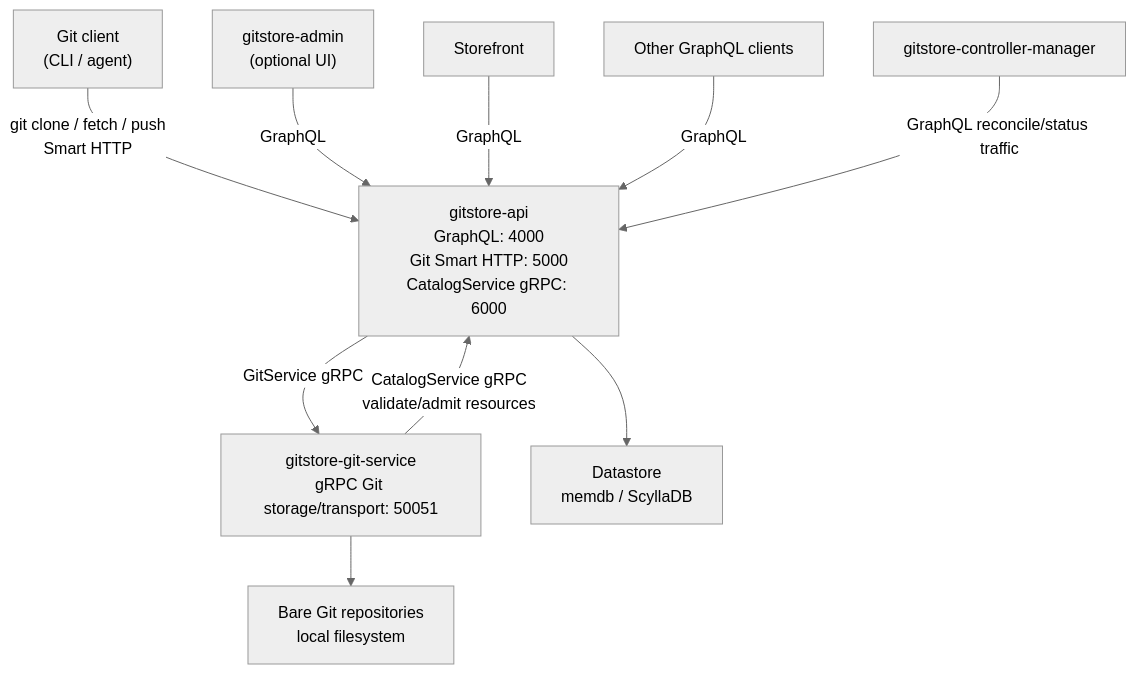
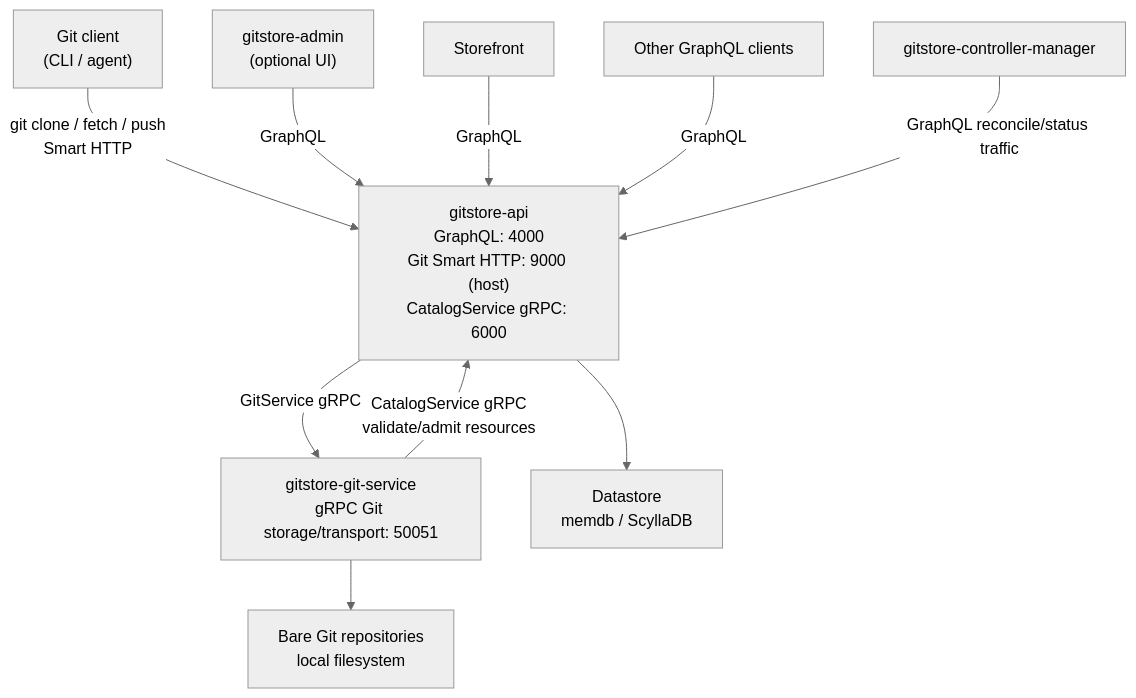
Before and after one commit to gitstore-dev/GitStore: the diagram in README.md, drawn with Mermaid (neutral theme). The commit also changed other lines of this file and 46 other files, not shown here.

````diff
--- a/README.md
+++ b/README.md
@@ -20,24 +20,24 @@
 ```mermaid
 graph TD
     GitClient["Git client\n(CLI / agent)"]
     Admin["gitstore-admin\n(optional UI)"]
     Storefront["Storefront"]
     OtherClients["Other GraphQL clients"]
     Controller["gitstore-controller-manager"]
 
-    API["gitstore-api\nGraphQL: 4000\nGit Smart HTTP: 5000\nCatalogService gRPC: 6000"]
+    API["gitstore-api\nGraphQL: 4000\nGit Smart HTTP: 9000 (host)\nCatalogService gRPC: 6000"]
     GitService["gitstore-git-service\ngRPC Git storage/transport: 50051"]
     Datastore["Datastore\nmemdb / ScyllaDB"]
     Repos["Bare Git repositories\nlocal filesystem"]
 
     GitClient -->|"git clone / fetch / push\nSmart HTTP"| API
     Admin -->|"GraphQL"| API
     Storefront -->|"GraphQL"| API
     OtherClients -->|"GraphQL"| API
     Controller -->|"GraphQL reconcile/status traffic"| API
 
     API -->|"GitService gRPC"| GitService
     GitService -->|"CatalogService gRPC\nvalidate/admit resources"| API
     API --> Datastore
     GitService --> Repos
 ```
````
